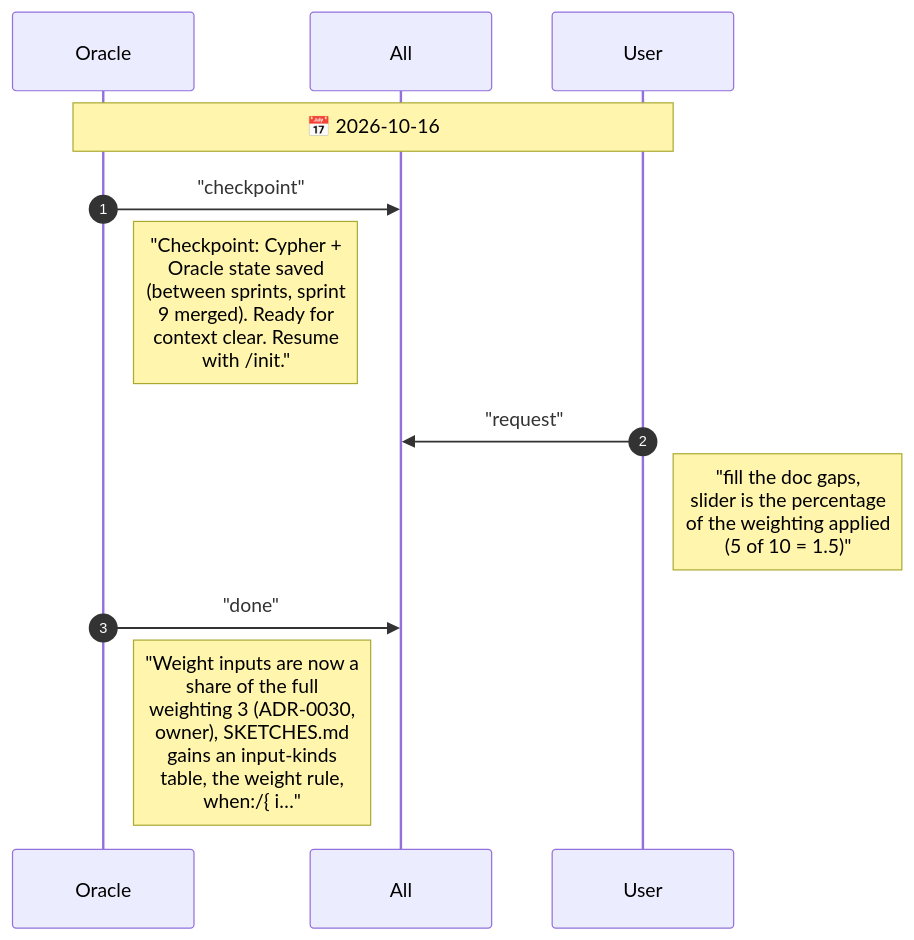
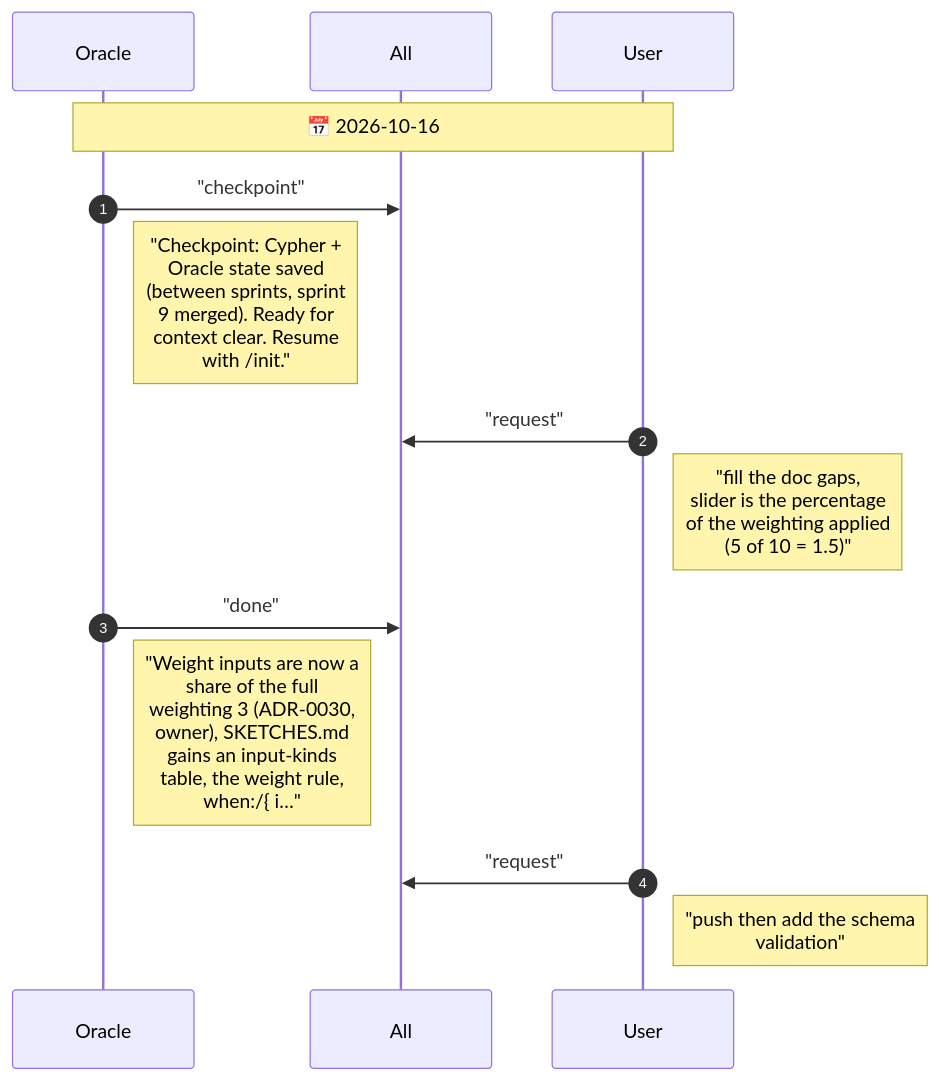
The diagram in agents/CHAT.diagram.md (drusifer/understudy), drawn with Mermaid before and after one commit. The commit also changed 1 other file, not shown here.

Commit message:
Team chat: push

````diff
--- a/agents/CHAT.diagram.md
+++ b/agents/CHAT.diagram.md
@@ -5,15 +5,17 @@
 ```mermaid
 %%{init: {"sequence": {"messageFontSize": 14, "noteFontSize": 18, "actorFontSize": 14}}}%%
 sequenceDiagram
     autonumber
     participant Oracle
     participant All
     participant User
     Note over Oracle,User: 📅 2026-10-16
     Oracle->>All: "checkpoint"
     Note right of Oracle: "Checkpoint: Cypher +<br/>Oracle state saved<br/>(between sprints, sprint<br/>9 merged). Ready for<br/>context clear. Resume<br/>with /init."
     User->>All: "request"
     Note right of User: "fill the doc gaps,<br/>slider is the percentage<br/>of the weighting applied<br/>(5 of 10 = 1.5)"
     Oracle->>All: "done"
     Note right of Oracle: "Weight inputs are now a<br/>share of the full<br/>weighting 3 (ADR-0030,<br/>owner), SKETCHES.md<br/>gains an input-kinds<br/>table, the weight rule,<br/>when:/{ i…"
+    User->>All: "request"
+    Note right of User: "push then add the schema<br/>validation"
 ```
````
